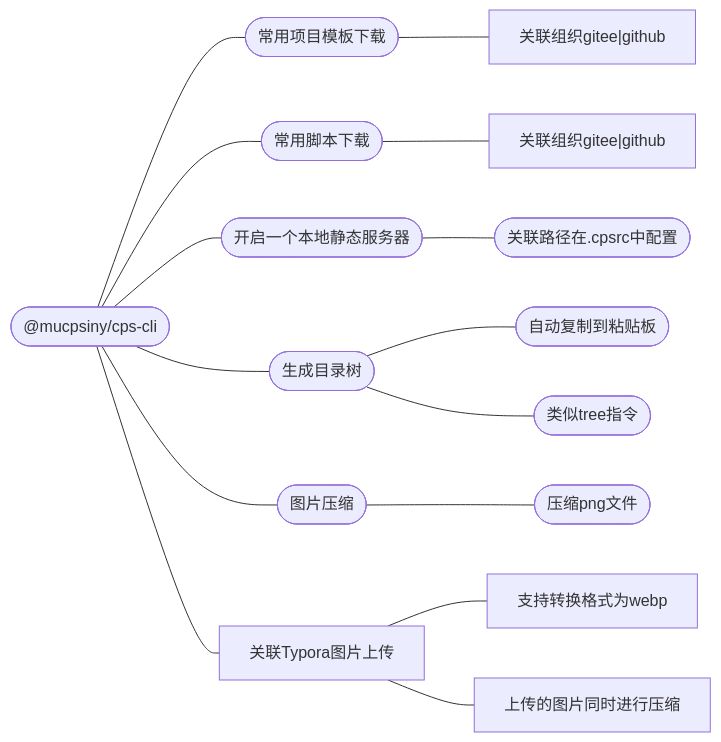
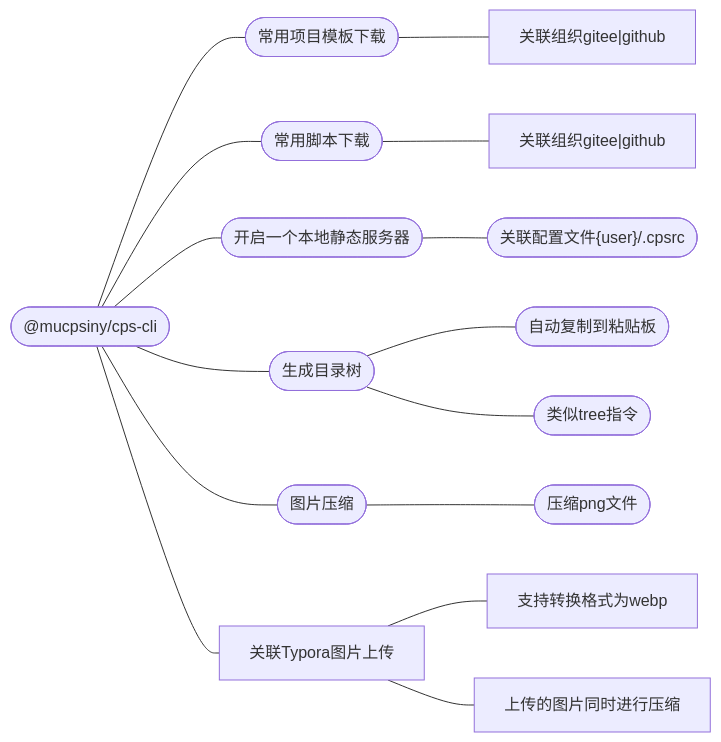
The diagram in README.md (mucpsing/cps-cli), drawn with Mermaid before and after one commit. The commit also changed other lines of this file, not shown here.

````diff
--- a/README.md
+++ b/README.md
@@ -31,33 +31,33 @@
 ```mermaid
 graph LR;
   main(["@mucpsiny/cps-cli"])
 
   A(["常用项目模板下载"])
   A1["关联组织gitee|github"]
   
     B(["常用脚本下载"])
     B1["关联组织gitee|github"]
     
     C(["开启一个本地静态服务器"])
-    C1(["关联路径在.cpsrc中配置"])
+    C1(["关联配置文件{user}/.cpsrc"])
     
     
     D(["生成目录树"])
     D1(["类似tree指令"])
     D2(["自动复制到粘贴板"])
     D---D2;
     
     E(["图片压缩"])
     E1(["压缩png文件"])
     F["关联Typora图片上传"]
     F1["上传的图片同时进行压缩"]
     F2["支持转换格式为webp"]
     F---F2;
 
     main---A---A1;
     main---B---B1;
     main---C---C1;
     main---D---D1;
     main---E---E1;
     main---F---F1;
 ```
````
